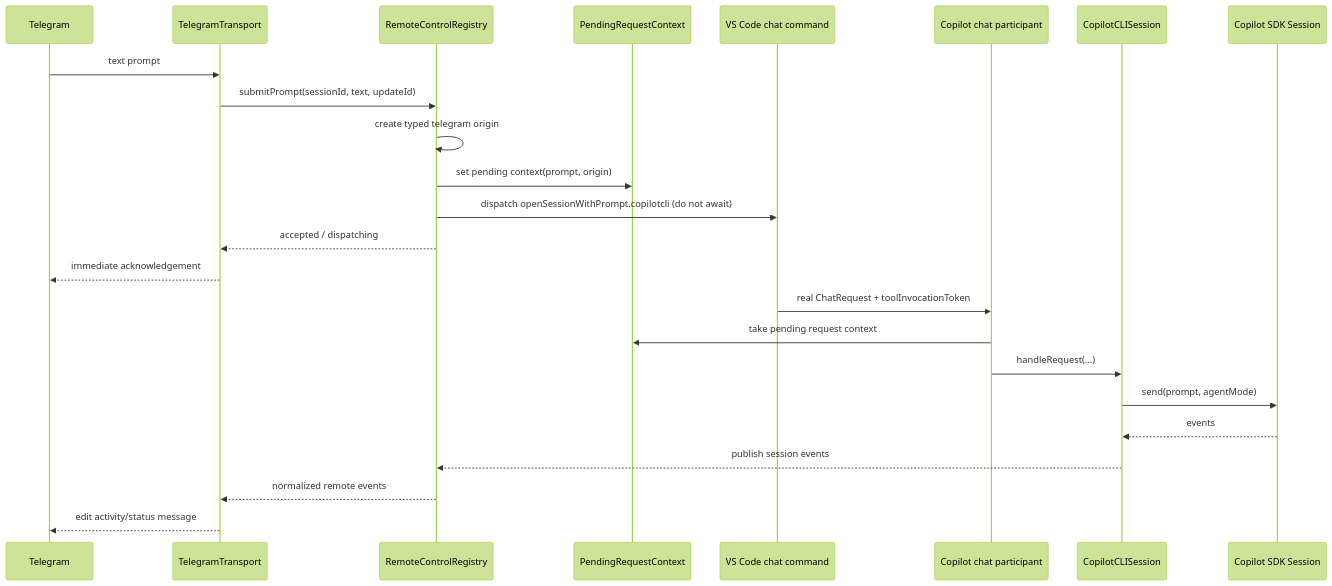
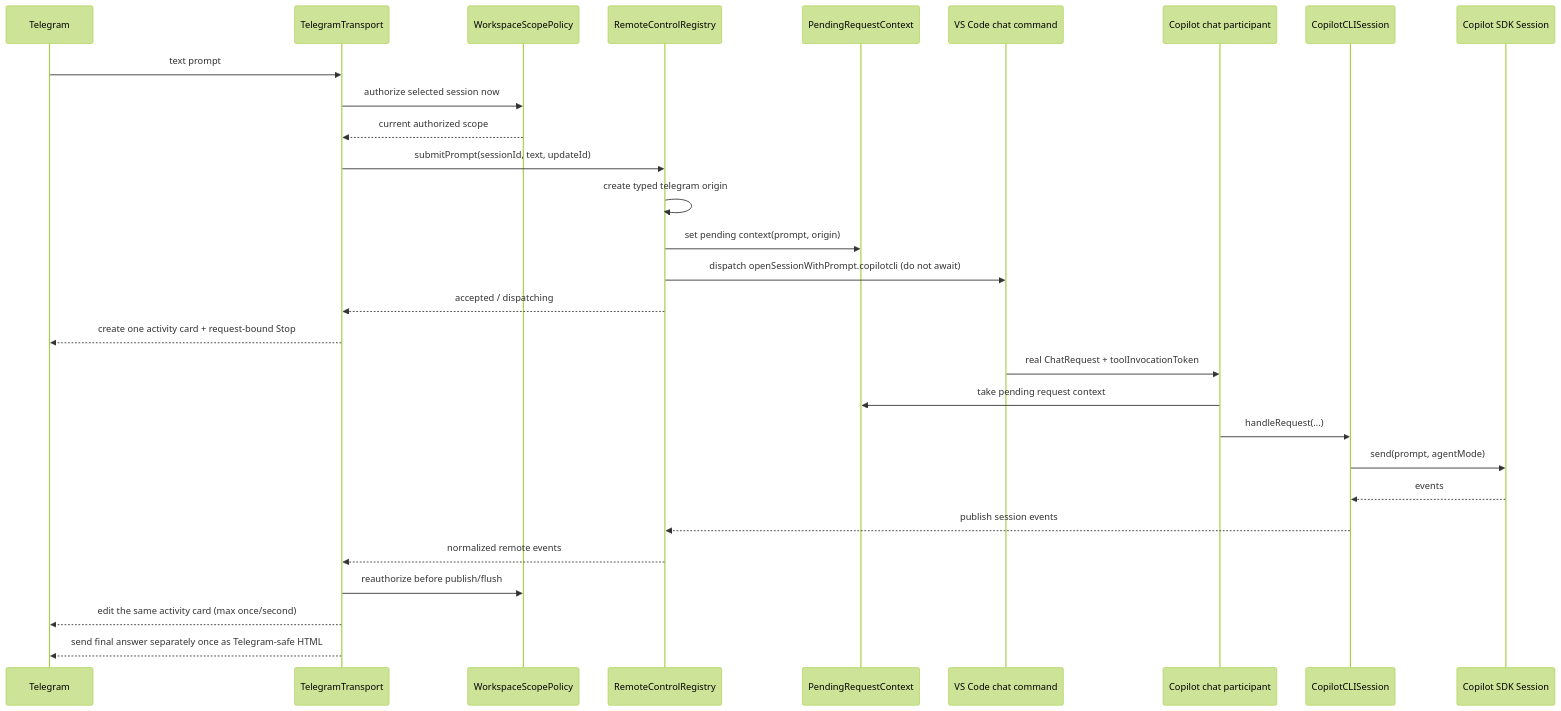
The sixth of 16 diagrams in extensions/copilot/docs/telegram-remote/CALL_FLOWS.md (SachiHarshitha/vscode-telegram), drawn with Mermaid (forest theme) before and after one commit. The commit also changed other lines of this file and 52 other files, not shown here.

````diff
--- a/extensions/copilot/docs/telegram-remote/CALL_FLOWS.md
+++ b/extensions/copilot/docs/telegram-remote/CALL_FLOWS.md
@@ -106,27 +157,32 @@
 ```mermaid
 sequenceDiagram
     participant T as Telegram
     participant R as TelegramTransport
+    participant A as WorkspaceScopePolicy
     participant REG as RemoteControlRegistry
     participant X as PendingRequestContext
     participant VS as VS Code chat command
     participant P as Copilot chat participant
     participant S as CopilotCLISession
     participant SDK as Copilot SDK Session
 
     T->>R: text prompt
+    R->>A: authorize selected session now
+    A-->>R: current authorized scope
     R->>REG: submitPrompt(sessionId, text, updateId)
     REG->>REG: create typed telegram origin
     REG->>X: set pending context(prompt, origin)
     REG->>VS: dispatch openSessionWithPrompt.copilotcli (do not await)
     REG-->>R: accepted / dispatching
-    R-->>T: immediate acknowledgement
+    R-->>T: create one activity card + request-bound Stop
     VS->>P: real ChatRequest + toolInvocationToken
     P->>X: take pending request context
     P->>S: handleRequest(...)
     S->>SDK: send(prompt, agentMode)
     SDK-->>S: events
     S-->>REG: publish session events
     REG-->>R: normalized remote events
-    R-->>T: edit activity/status message
+    R->>A: reauthorize before publish/flush
+    R-->>T: edit the same activity card (max once/second)
+    R-->>T: send final answer separately once as Telegram-safe HTML
 ```
````
